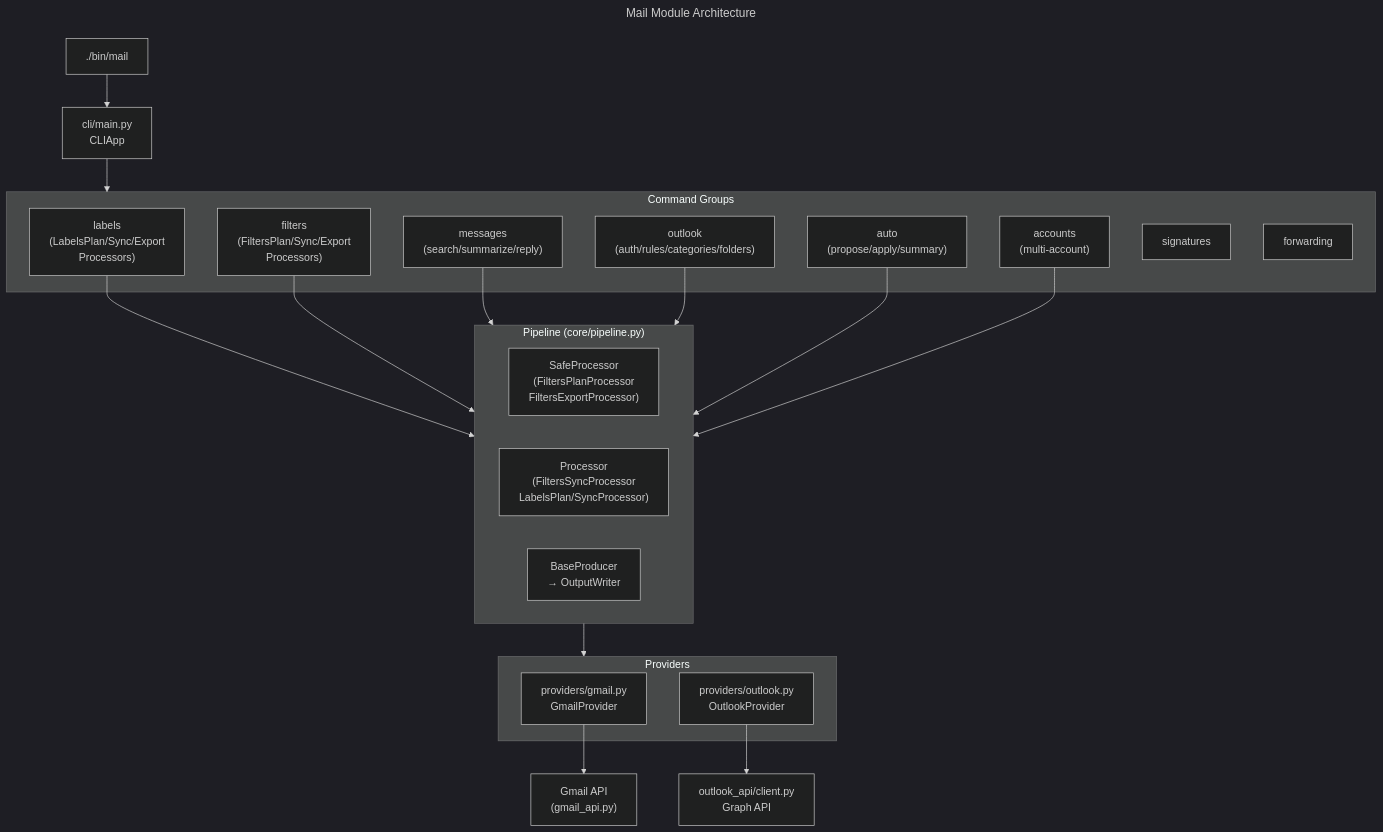
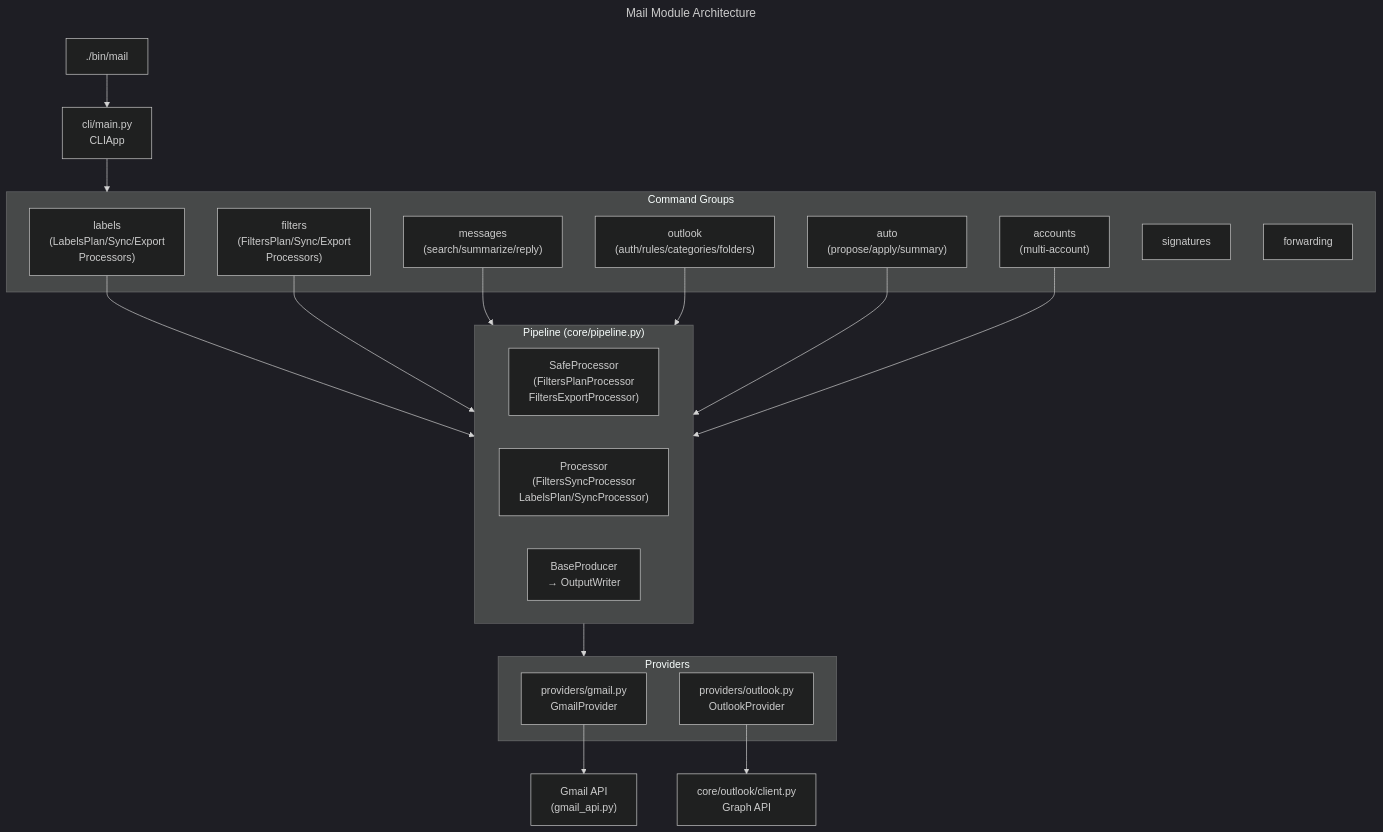
Before and after one commit to dancing-bear-show/dancing-bear: the first of 2 diagrams in src/mail/README.md, drawn with Mermaid (dark theme). The commit also changed other lines of this file and 5 other files, not shown here.

````diff
--- a/src/mail/README.md
+++ b/src/mail/README.md
@@ -11,41 +11,41 @@
 ```mermaid
 ---
 title: Mail Module Architecture
 ---
 flowchart TB
     bin["./bin/mail"]
     cli["cli/main.py\nCLIApp"]
     subgraph groups["Command Groups"]
         g_labels["labels\n(LabelsPlan/Sync/Export\nProcessors)"]
         g_filters["filters\n(FiltersPlan/Sync/Export\nProcessors)"]
         g_messages["messages\n(search/summarize/reply)"]
         g_outlook["outlook\n(auth/rules/categories/folders)"]
         g_auto["auto\n(propose/apply/summary)"]
         g_accounts["accounts\n(multi-account)"]
         g_sigs["signatures"]
         g_fwd["forwarding"]
     end
     subgraph providers["Providers"]
         p_gmail["providers/gmail.py\nGmailProvider"]
         p_outlook["providers/outlook.py\nOutlookProvider"]
     end
     subgraph pipeline["Pipeline (core/pipeline.py)"]
         proc["SafeProcessor\n(FiltersPlanProcessor\nFiltersExportProcessor)"]
         proc_plain["Processor\n(FiltersSyncProcessor\nLabelsPlan/SyncProcessor)"]
         prod["BaseProducer\n→ OutputWriter"]
     end
     api_gmail["Gmail API\n(gmail_api.py)"]
-    api_outlook["outlook_api/client.py\nGraph API"]
+    api_outlook["core/outlook/client.py\nGraph API"]
 
     bin --> cli
     cli --> groups
     g_labels --> pipeline
     g_filters --> pipeline
     g_messages --> pipeline
     g_outlook --> pipeline
     g_auto --> pipeline
     g_accounts --> pipeline
     pipeline --> providers
     p_gmail --> api_gmail
     p_outlook --> api_outlook
 ```
````
